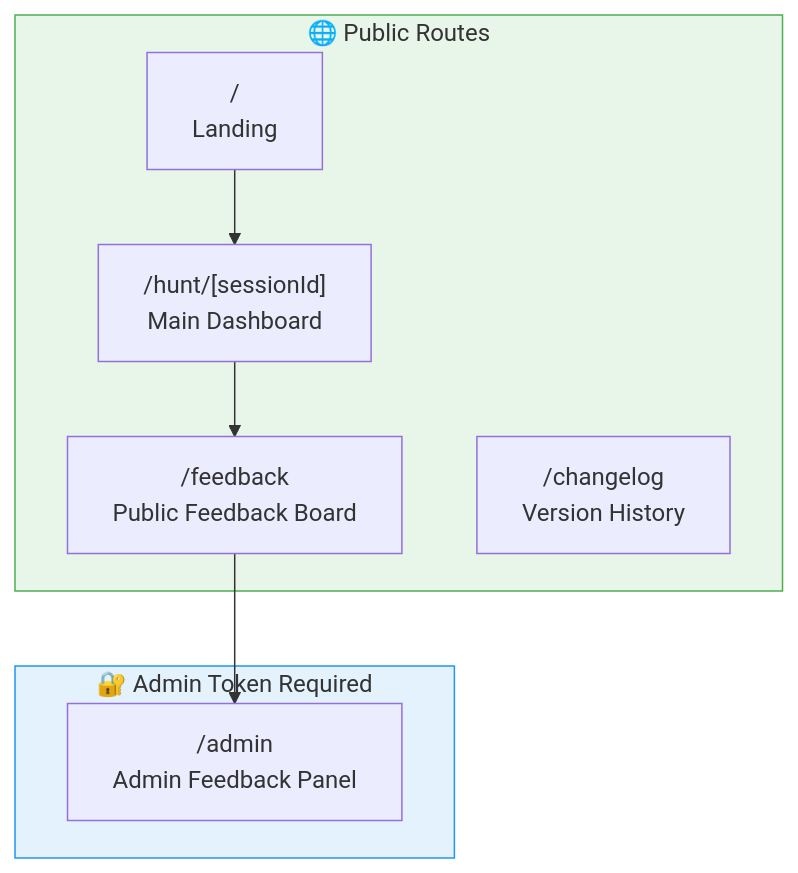
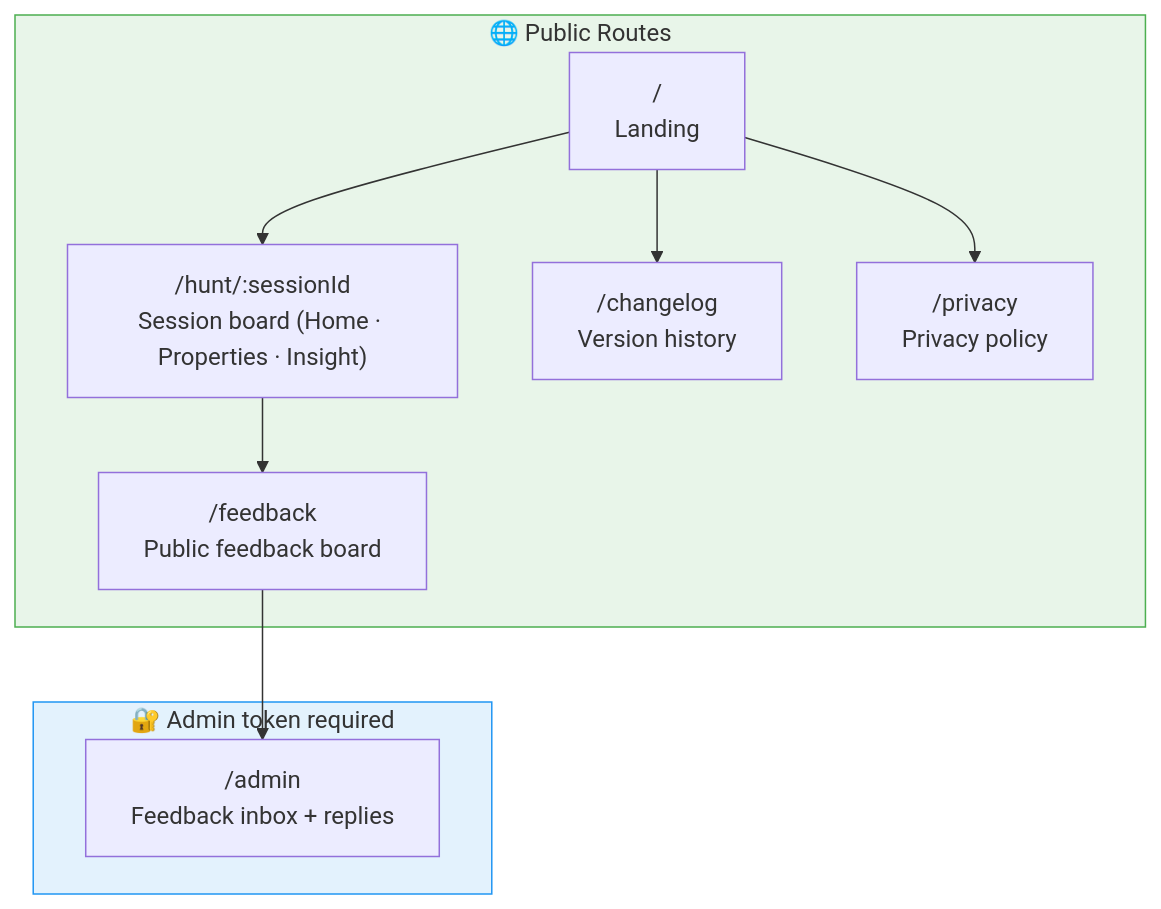
One commit to snsyaqirah/snsyaqirah.github.io changed the fifth of 16 diagrams in portfolio-react/public/docs/surveyluhh.md. Above: the diagram before and after it, drawn with Mermaid. The commit also changed other lines of this file and 101 other files, not shown here.

````diff
--- a/portfolio-react/public/docs/surveyluhh.md
+++ b/portfolio-react/public/docs/surveyluhh.md
@@ -163,18 +191,21 @@
 ```mermaid
 graph TD
     subgraph Public ["🌐 Public Routes"]
-        ROOT["/\nLanding"]
-        HUNT["/hunt/[sessionId]\nMain Dashboard"]
-        FEEDBACK["/feedback\nPublic Feedback Board"]
-        CHANGELOG["/changelog\nVersion History"]
+        ROOT["/<br/>Landing"]
+        HUNT["/hunt/:sessionId<br/>Session board (Home · Properties · Insight)"]
+        FB["/feedback<br/>Public feedback board"]
+        CL["/changelog<br/>Version history"]
+        PRIV["/privacy<br/>Privacy policy"]
     end
-    subgraph Protected ["🔐 Admin Token Required"]
-        ADMIN["/admin\nAdmin Feedback Panel"]
+    subgraph Protected ["🔐 Admin token required"]
+        ADMIN["/admin<br/>Feedback inbox + replies"]
     end
     ROOT --> HUNT
-    HUNT --> FEEDBACK
-    FEEDBACK --> ADMIN
+    ROOT --> CL
+    ROOT --> PRIV
+    HUNT --> FB
+    FB --> ADMIN
 
     style Public fill:#e8f5e9,stroke:#4caf50
     style Protected fill:#e3f2fd,stroke:#2196f3
 ```
````
